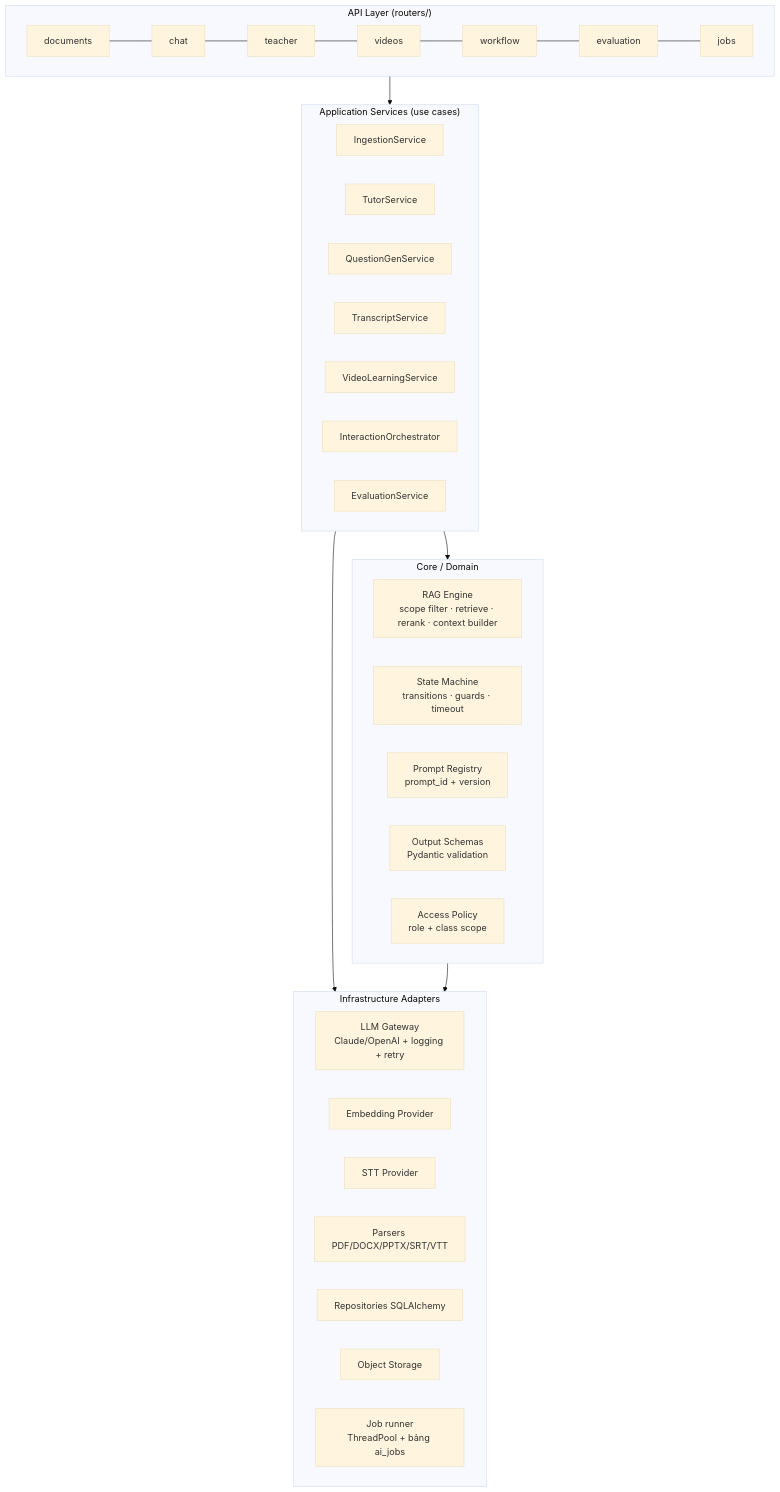
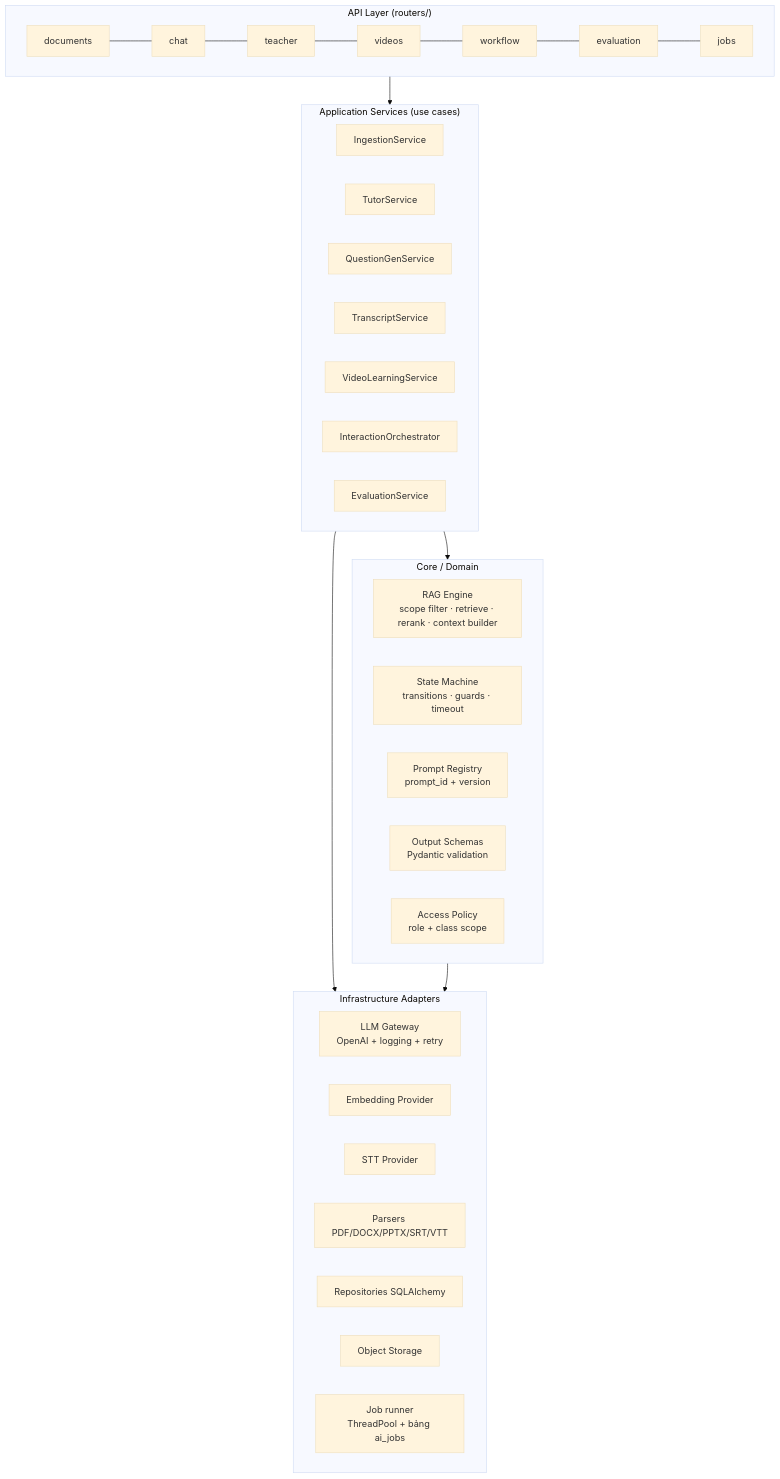
Before and after one commit to duynguy3n2916/D04N: the second of 10 diagrams in architecture.md, drawn with Mermaid (base theme). The commit also changed other lines of this file and 5 other files, not shown here.

````diff
--- a/architecture.md
+++ b/architecture.md
@@ -211,39 +211,39 @@
 ```mermaid
 flowchart TB
     subgraph API["API Layer (routers/)"]
         R1[documents] --- R2[chat] --- R3[teacher] --- R4[videos] --- R5[workflow] --- R6[evaluation] --- R7[jobs]
     end
 
     subgraph APP["Application Services (use cases)"]
         S1[IngestionService]
         S2[TutorService]
         S3[QuestionGenService]
         S4[TranscriptService]
         S5[VideoLearningService]
         S6[InteractionOrchestrator]
         S7[EvaluationService]
     end
 
     subgraph CORE["Core / Domain"]
         D1[RAG Engine<br/>scope filter · retrieve · rerank · context builder]
         D2[State Machine<br/>transitions · guards · timeout]
         D3[Prompt Registry<br/>prompt_id + version]
         D4[Output Schemas<br/>Pydantic validation]
         D5[Access Policy<br/>role + class scope]
     end
 
     subgraph INFRA["Infrastructure Adapters"]
-        I1[LLM Gateway<br/>Claude/OpenAI + logging + retry]
+        I1[LLM Gateway<br/>OpenAI + logging + retry]
         I2[Embedding Provider]
         I3[STT Provider]
         I4[Parsers PDF/DOCX/PPTX/SRT/VTT]
         I5[Repositories SQLAlchemy]
         I6[Object Storage]
         I7[Job runner<br/>ThreadPool + bảng ai_jobs]
     end
 
     API --> APP
     APP --> CORE
     APP --> INFRA
     CORE --> INFRA
 ```
````
